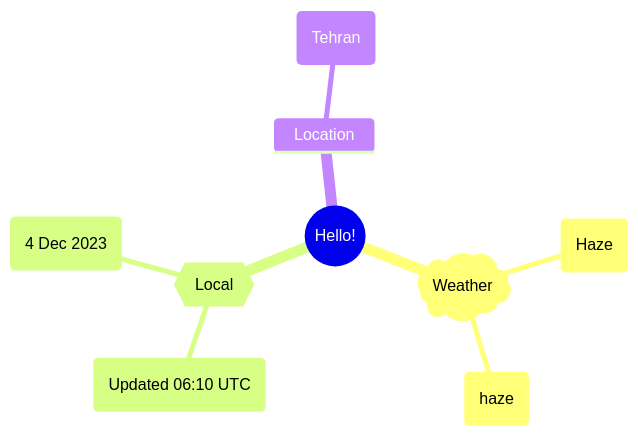
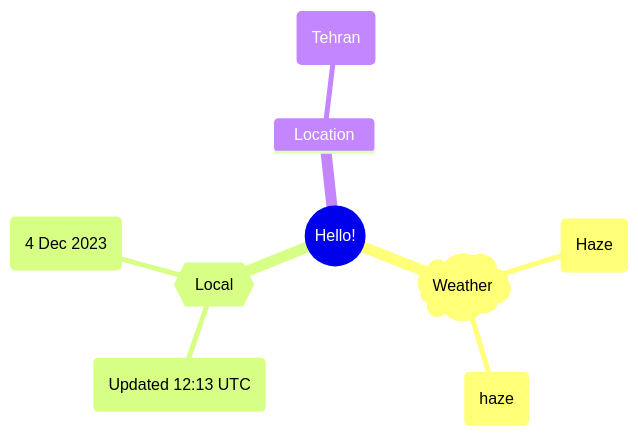
The first of 2 diagrams in README.md (Xosrov/Xosrov), drawn with Mermaid before and after one commit.

Commit message:
[bot] updated images

````diff
--- a/README.md
+++ b/README.md
@@ -3,12 +3,12 @@
 ```mermaid
 mindmap
   root((Hello!))
     )Weather(
         (Haze)
         (haze)
     {{Local}}
-        (Updated 06:10 UTC)
+        (Updated 12:13 UTC)
         (4 Dec 2023)
     Location
         (Tehran)
 ```
````
